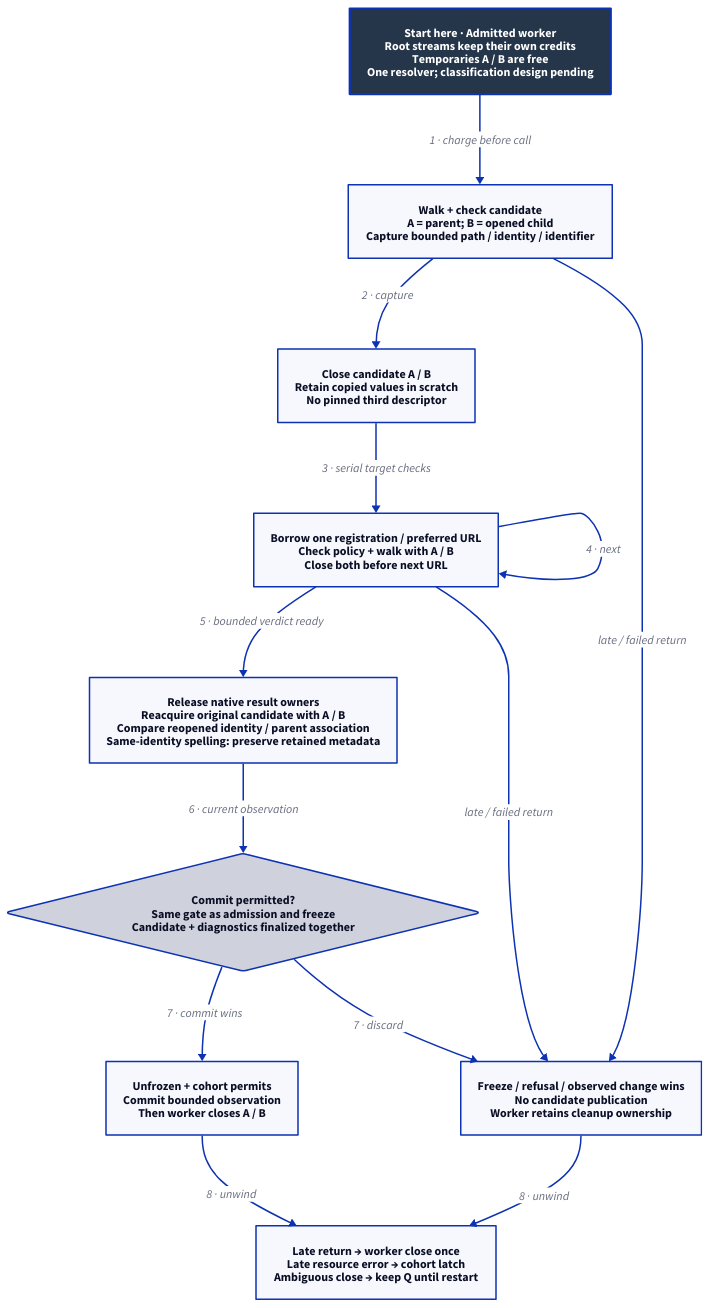
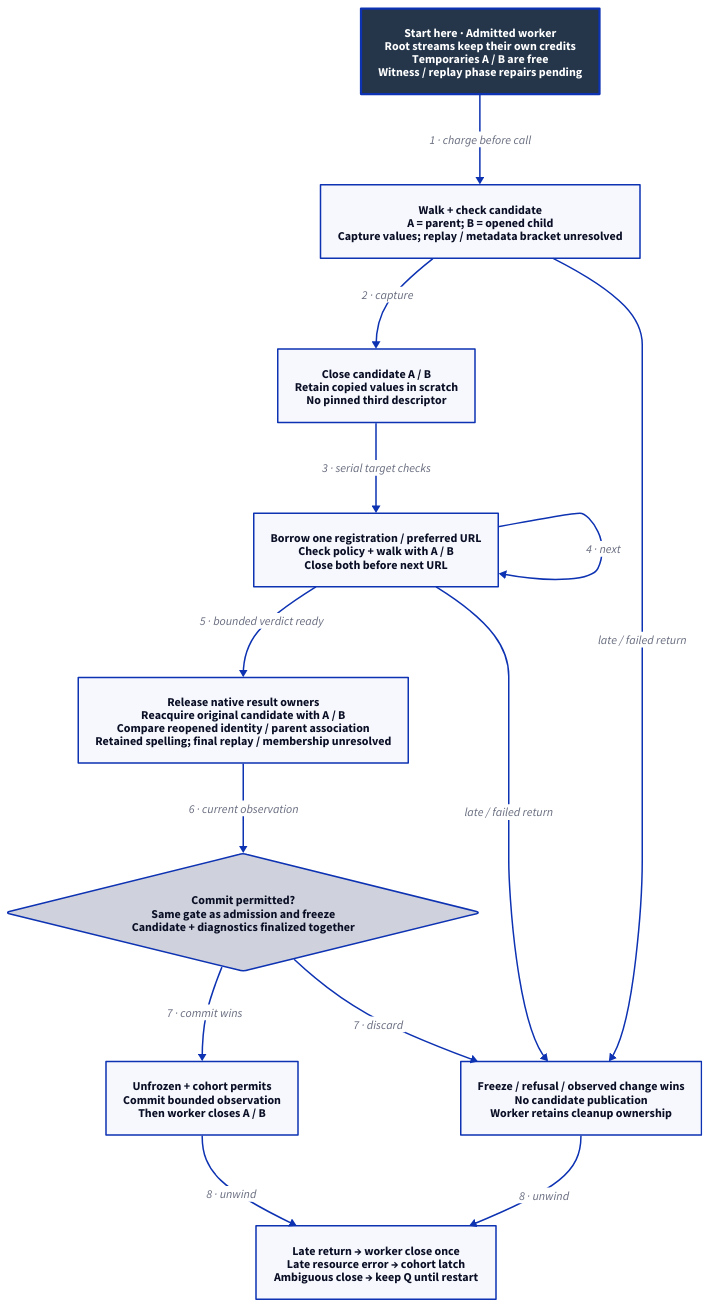
The diagram in docs/design/architecture/search-inspection.d2 (Linkuistics/Koine), drawn with D2 before and after one commit. The commit also changed 36 other files, not shown here.

```diff
--- a/docs/design/architecture/search-inspection.d2
+++ b/docs/design/architecture/search-inspection.d2
@@ -1,26 +1,26 @@
-# Phase flow, not an atomic snapshot or model-checked state machine.
+# k119 constraints; region replay/metadata composition is incomplete.
 direction: down
 classes: {
   start: {style: {fill: "#25364B"; font-color: "#FFFFFF"; bold: true; stroke-width: 3}}
 }
-Start: "Start here · Admitted worker\nRoot streams keep their own credits\nTemporaries A / B are free\nOne resolver; classification design pending" {class: start}
-Candidate: "Walk + check candidate\nA = parent; B = opened child\nCapture bounded path / identity / identifier"
+Start: "Start here · Admitted worker\nRoot streams keep their own credits\nTemporaries A / B are free\nWitness / replay phase repairs pending" {class: start}
+Candidate: "Walk + check candidate\nA = parent; B = opened child\nCapture values; replay / metadata bracket unresolved"
 Release: "Close candidate A / B\nRetain copied values in scratch\nNo pinned third descriptor"
 Targets: "Borrow one registration / preferred URL\nCheck policy + walk with A / B\nClose both before next URL"
-Recheck: "Release native result owners\nReacquire original candidate with A / B\nCompare reopened identity / parent association\nSame-identity spelling: preserve retained metadata"
+Recheck: "Release native result owners\nReacquire original candidate with A / B\nCompare reopened identity / parent association\nRetained spelling; final replay / membership unresolved"
 Gate: "Commit permitted?\nSame gate as admission and freeze\nCandidate + diagnostics finalized together" {shape: diamond}
 Commit: "Unfrozen + cohort permits\nCommit bounded observation\nThen worker closes A / B"
 Discard: "Freeze / refusal / observed change wins\nNo candidate publication\nWorker retains cleanup ownership"
 Cleanup: "Late return → worker close once\nLate resource error → cohort latch\nAmbiguous close → keep Q until restart"
 Start -> Candidate: "1 · charge before call"
 Candidate -> Release: "2 · capture"
 Release -> Targets: "3 · serial target checks"
 Targets -> Targets: "4 · next"
 Targets -> Recheck: "5 · bounded verdict ready"
 Recheck -> Gate: "6 · current observation"
 Gate -> Commit: "7 · commit wins"
 Gate -> Discard: "7 · discard"
 Candidate -> Discard: "late / failed return"
 Targets -> Discard: "late / failed return"
 Commit -> Cleanup: "8 · unwind"
 Discard -> Cleanup: "8 · unwind"
```
